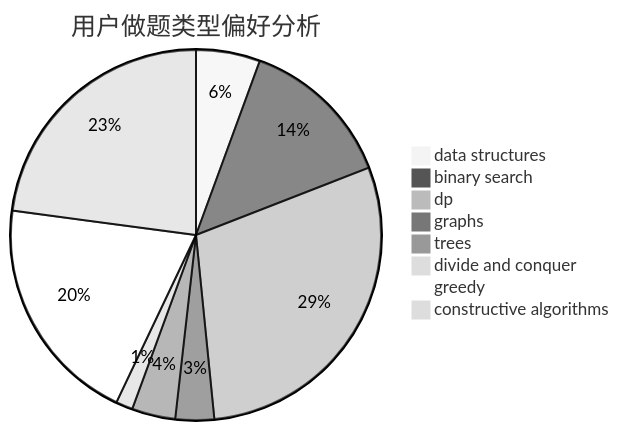
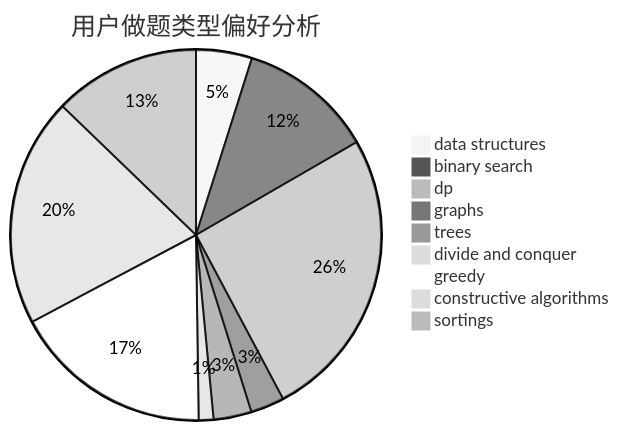
Before and after one commit to sherpahu/cfrs.github.io: the second of 3 diagrams in docs/user/u1642.md, drawn with Mermaid (neutral theme). The commit also changed other lines of this file and 2769 other files, not shown here.

````diff
--- a/docs/user/u1642.md
+++ b/docs/user/u1642.md
@@ -23,11 +18,12 @@
 ```mermaid
 pie title 用户做题类型偏好分析
     "data structures" :  53
     "binary search" :  128
     "dp" :  278
     "graphs" :  32
     "trees" :  36
     "divide and conquer" :  14
     "greedy" :  190
     "constructive algorithms" :  217
+    "sortings" :  139
 ```
````
